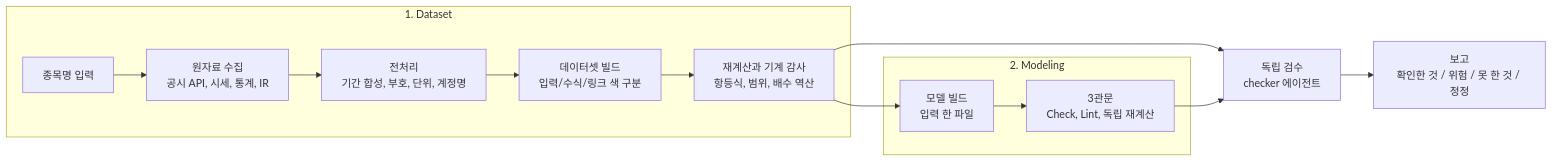
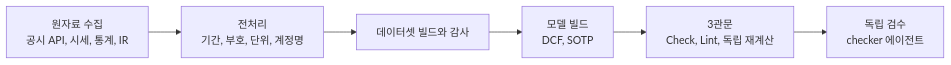
One commit to dhpark19955-code/claude-code-data-portfolio changed the diagram in README.md. Above: the diagram before and after it, drawn with Mermaid. The commit also changed other lines of this file and 35 other files, not shown here.

````diff
--- a/README.md
+++ b/README.md
@@ -30,16 +26,5 @@
 ```mermaid
 flowchart LR
-    subgraph DS[1. Dataset]
-    A[종목명 입력] --> B[원자료 수집<br>공시 API, 시세, 통계, IR]
-    B --> C[전처리<br>기간 합성, 부호, 단위, 계정명]
-    C --> D[데이터셋 빌드<br>입력/수식/링크 색 구분]
-    D --> E[재계산과 기계 감사<br>항등식, 범위, 배수 역산]
-    end
-    subgraph MD[2. Modeling]
-    H[모델 빌드<br>입력 한 파일] --> I[3관문<br>Check, Lint, 독립 재계산]
-    end
-    E --> H
-    E --> F[독립 검수<br>checker 에이전트]
-    I --> F
-    F --> G[보고<br>확인한 것 / 위험 / 못 한 것 / 정정]
+    A[원자료 수집<br>공시 API, 시세, 통계, IR] --> B[전처리<br>기간, 부호, 단위, 계정명] --> C[데이터셋 빌드와 감사]
+    C --> D[모델 빌드<br>DCF, SOTP] --> E[3관문<br>Check, Lint, 독립 재계산] --> F[독립 검수<br>checker 에이전트]
 ```
````
